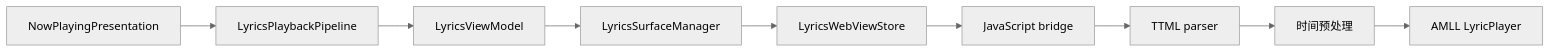
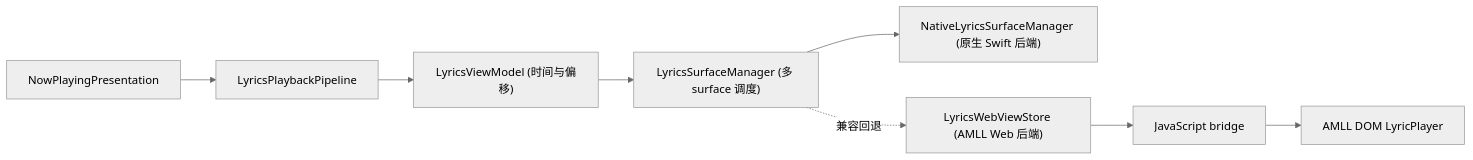
The diagram in docs/lyric-rendering.md (kmgcc/kmgccc_player), drawn with Mermaid (neutral theme) before and after one commit. The commit also changed other lines of this file and 20 other files, not shown here.

First line of the commit message:
docs: reorganize public technical architecture documentation (#47)

````diff
--- a/docs/lyric-rendering.md
+++ b/docs/lyric-rendering.md
@@ -5,11 +8,10 @@
 ```mermaid
 flowchart LR
     Presentation["NowPlayingPresentation"] --> Pipeline["LyricsPlaybackPipeline"]
-    Pipeline --> Model["LyricsViewModel"]
-    Model --> Manager["LyricsSurfaceManager"]
-    Manager --> Store["LyricsWebViewStore"]
+    Pipeline --> Model["LyricsViewModel (时间与偏移)"]
+    Model --> Manager["LyricsSurfaceManager (多 surface 调度)"]
+    Manager --> Native["NativeLyricsSurfaceManager (原生 Swift 后端)"]
+    Manager -. 兼容回退 .-> Store["LyricsWebViewStore (AMLL Web 后端)"]
     Store --> Bridge["JavaScript bridge"]
-    Bridge --> Parser["TTML parser"]
-    Parser --> Timing["时间预处理"]
-    Timing --> Player["AMLL LyricPlayer"]
+    Bridge --> AMLL["AMLL DOM LyricPlayer"]
 ```
````
